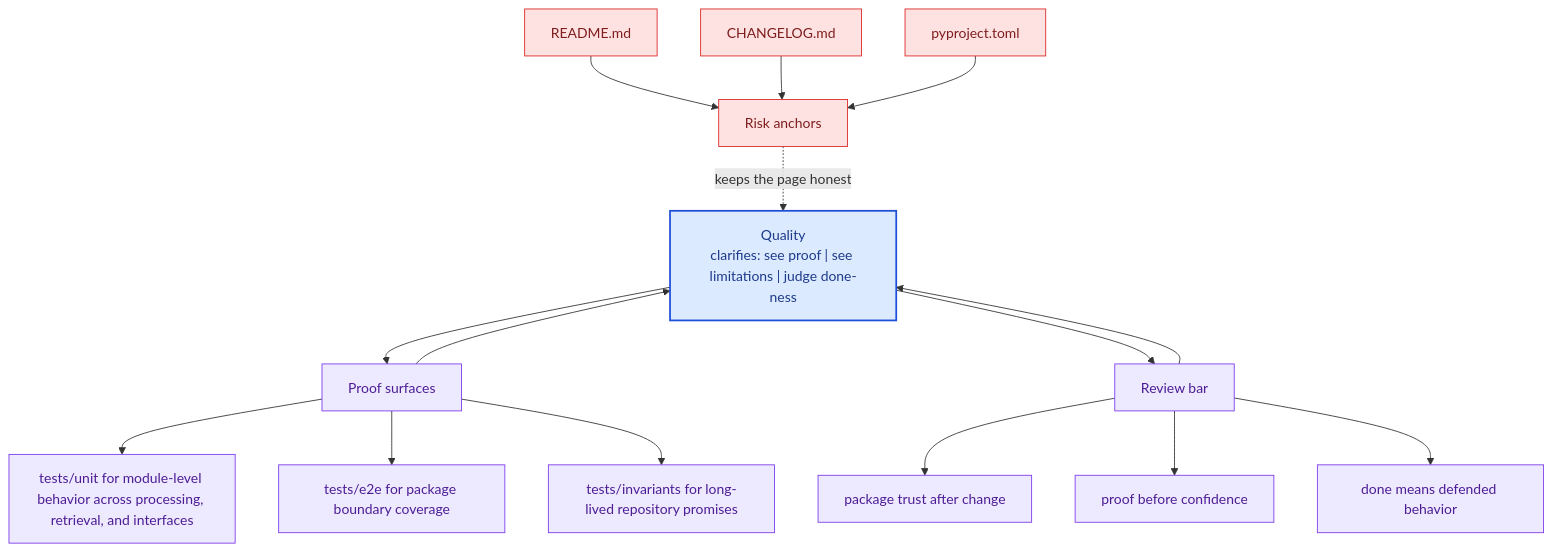
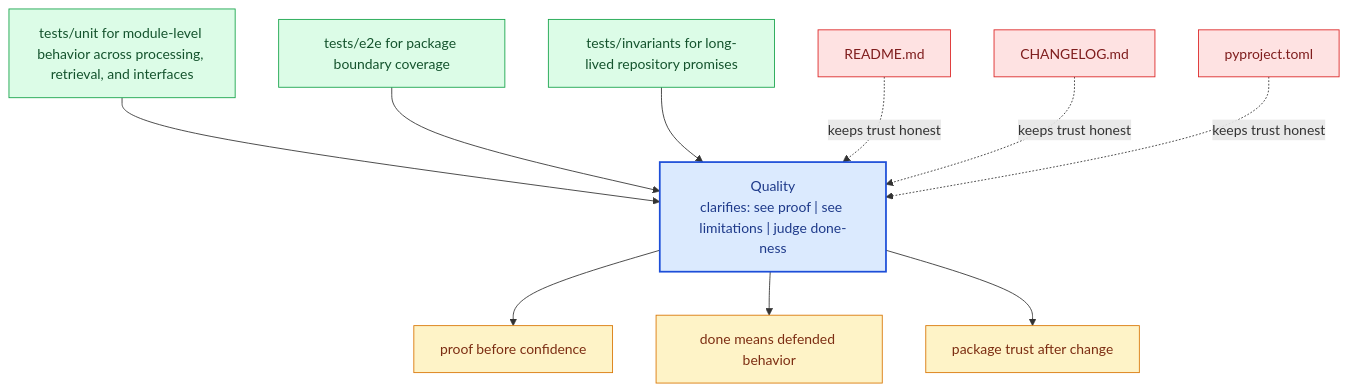
Before and after one commit to bijux/bijux-canon: the diagram in docs/bijux-canon-ingest/quality/index.md, drawn with Mermaid. The commit also changed other lines of this file and 281 other files, not shown here.

Commit message:
docs(diagrams): replace repeated mermaid scaffolds with page-specific summaries

````diff
--- a/docs/bijux-canon-ingest/quality/index.md
+++ b/docs/bijux-canon-ingest/quality/index.md
@@ -65,41 +20,31 @@
 ```mermaid
 flowchart TB
-    promise["Quality<br/>clarifies: see proof | see limitations | judge done-ness"]
-    classDef promise fill:#dbeafe,stroke:#1d4ed8,color:#1e3a8a,stroke-width:2px;
-    classDef driver fill:#dcfce7,stroke:#16a34a,color:#14532d;
-    classDef constraint fill:#fee2e2,stroke:#dc2626,color:#7f1d1d;
-    classDef ground fill:#ede9fe,stroke:#7c3aed,color:#4c1d95;
-    focus1["Proof surfaces"]
-    focus1 --> promise
-    promise --> focus1
-    focus1_1["tests/unit for module-level behavior across processing, retrieval, and interfaces"]
-    focus1 --> focus1_1
-    focus1_2["tests/e2e for package boundary coverage"]
-    focus1 --> focus1_2
-    focus1_3["tests/invariants for long-lived repository promises"]
-    focus1 --> focus1_3
-    class focus1 ground;
-    class focus1_1,focus1_2,focus1_3 ground;
-    focus2["Risk anchors"]
-    focus2 -.keeps the page honest.-> promise
-    focus2_1["README.md"]
-    focus2_1 --> focus2
-    focus2_2["CHANGELOG.md"]
-    focus2_2 --> focus2
-    focus2_3["pyproject.toml"]
-    focus2_3 --> focus2
-    class focus2 constraint;
-    class focus2_1,focus2_2,focus2_3 constraint;
-    focus3["Review bar"]
-    focus3 --> promise
-    promise --> focus3
-    focus3_1["package trust after change"]
-    focus3 --> focus3_1
-    focus3_2["proof before confidence"]
-    focus3 --> focus3_2
-    focus3_3["done means defended behavior"]
-    focus3 --> focus3_3
-    class focus3 ground;
-    class focus3_1,focus3_2,focus3_3 ground;
-    class promise promise;
+    page["Quality<br/>clarifies: see proof | see limitations | judge done-ness"]
+    classDef page fill:#dbeafe,stroke:#1d4ed8,color:#1e3a8a,stroke-width:2px;
+    classDef positive fill:#dcfce7,stroke:#16a34a,color:#14532d;
+    classDef caution fill:#fee2e2,stroke:#dc2626,color:#7f1d1d;
+    classDef anchor fill:#ede9fe,stroke:#7c3aed,color:#4c1d95;
+    classDef action fill:#fef3c7,stroke:#d97706,color:#7c2d12;
+    proof1["tests/unit for module-level behavior across processing, retrieval, and interfaces"]
+    proof1 --> page
+    proof2["tests/e2e for package boundary coverage"]
+    proof2 --> page
+    proof3["tests/invariants for long-lived repository promises"]
+    proof3 --> page
+    risk1["README.md"]
+    risk1 -.keeps trust honest.-> page
+    risk2["CHANGELOG.md"]
+    risk2 -.keeps trust honest.-> page
+    risk3["pyproject.toml"]
+    risk3 -.keeps trust honest.-> page
+    bar1["proof before confidence"]
+    page --> bar1
+    bar2["done means defended behavior"]
+    page --> bar2
+    bar3["package trust after change"]
+    page --> bar3
+    class page page;
+    class proof1,proof2,proof3 positive;
+    class risk1,risk2,risk3 caution;
+    class bar1,bar2,bar3 action;
 ```
````
